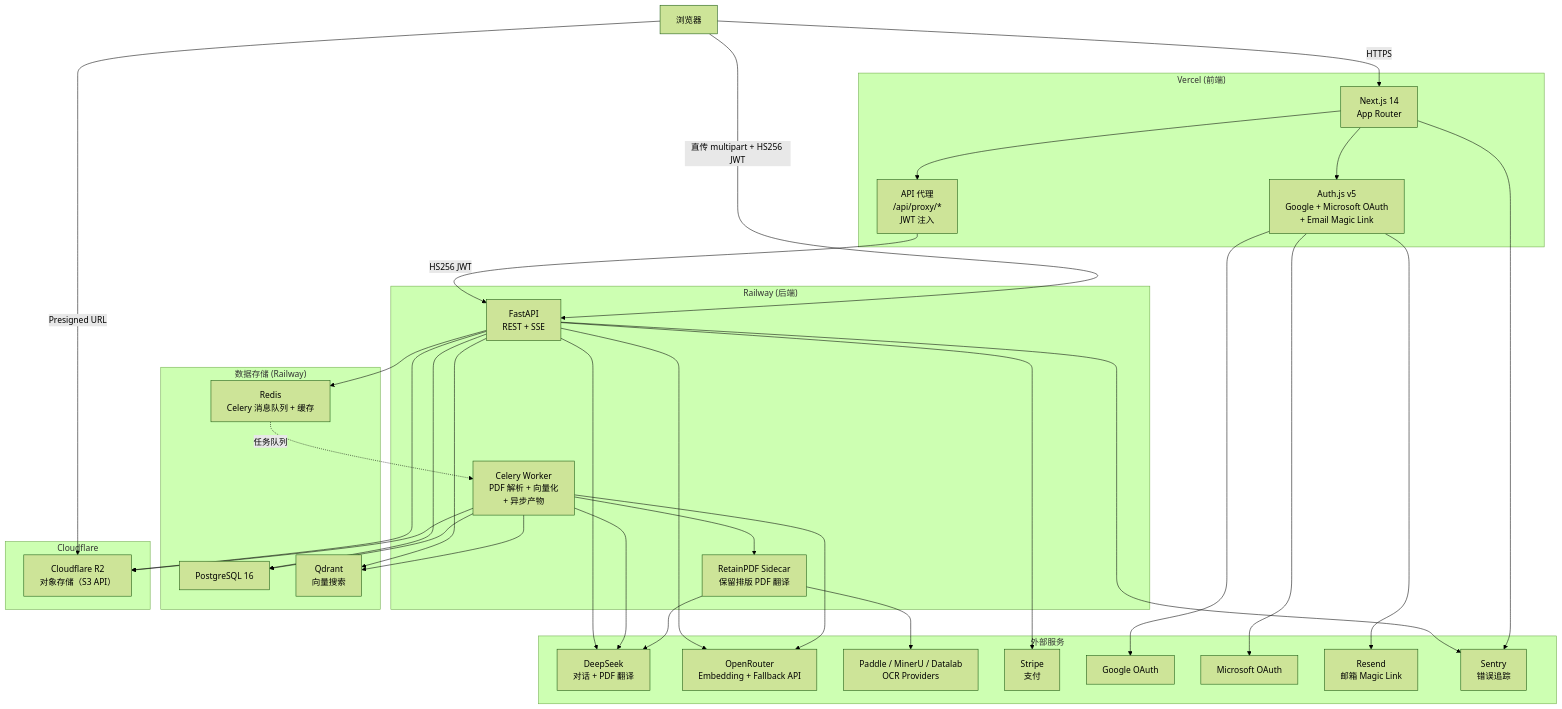
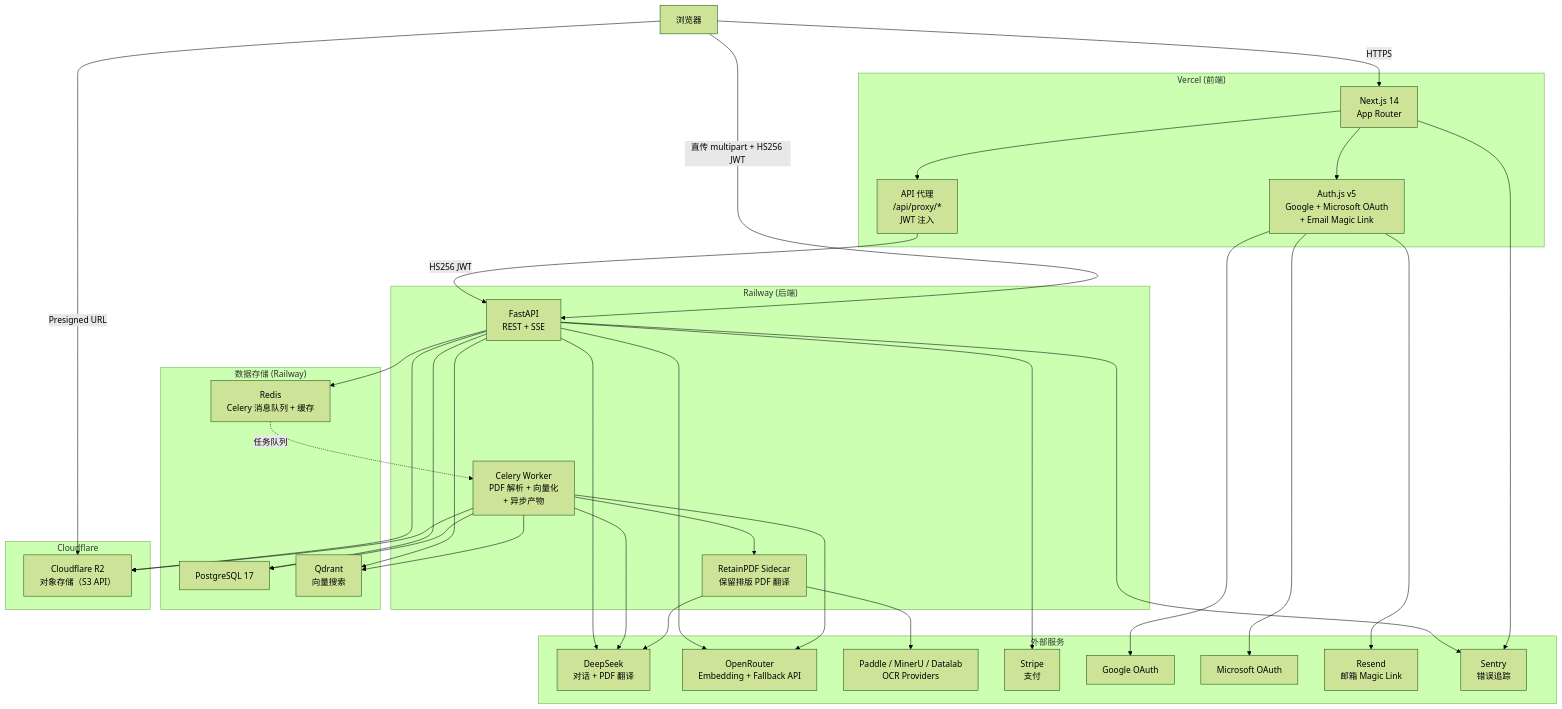
One commit to Rswcf/DocTalk changed the first of 10 diagrams in docs/ARCHITECTURE.zh.md. Above: the diagram before and after it, drawn with Mermaid (forest theme). The commit also changed other lines of this file and 20 other files, not shown here.

````diff
--- a/docs/ARCHITECTURE.zh.md
+++ b/docs/ARCHITECTURE.zh.md
@@ -11,65 +11,65 @@
 ```mermaid
 graph TB
     Browser["浏览器"]
 
     subgraph Vercel["Vercel (前端)"]
         NextJS["Next.js 14<br/>App Router"]
         AuthJS["Auth.js v5<br/>Google + Microsoft OAuth<br/>+ Email Magic Link"]
         Proxy["API 代理<br/>/api/proxy/*<br/>JWT 注入"]
     end
 
     subgraph Railway["Railway (后端)"]
         FastAPI["FastAPI<br/>REST + SSE"]
         Celery["Celery Worker<br/>PDF 解析 + 向量化<br/>+ 异步产物"]
         RetainPDF["RetainPDF Sidecar<br/>保留排版 PDF 翻译"]
     end
 
     subgraph DataStores["数据存储 (Railway)"]
-        PG["PostgreSQL 16"]
+        PG["PostgreSQL 17"]
         Qdrant["Qdrant<br/>向量搜索"]
         Redis["Redis<br/>Celery 消息队列 + 缓存"]
     end
 
     subgraph Cloudflare["Cloudflare"]
         R2["Cloudflare R2<br/>对象存储（S3 API）"]
     end
 
     subgraph External["外部服务"]
         DeepSeek["DeepSeek<br/>对话 + PDF 翻译"]
         OpenRouter["OpenRouter<br/>Embedding + Fallback API"]
         OCRProviders["Paddle / MinerU / Datalab<br/>OCR Providers"]
         Stripe["Stripe<br/>支付"]
         Google["Google OAuth"]
         Microsoft["Microsoft OAuth"]
         Resend["Resend<br/>邮箱 Magic Link"]
         Sentry["Sentry<br/>错误追踪"]
     end
 
     Browser -->|HTTPS| NextJS
     NextJS --> AuthJS
     NextJS --> Proxy
     Proxy -->|HS256 JWT| FastAPI
     Browser -->|直传 multipart + HS256 JWT| FastAPI
     FastAPI --> PG
     FastAPI --> Qdrant
     FastAPI --> Redis
     FastAPI --> R2
     FastAPI --> DeepSeek
     FastAPI --> OpenRouter
     FastAPI --> Stripe
     Celery --> PG
     Celery --> Qdrant
     Celery --> R2
     Celery --> RetainPDF
     Celery --> DeepSeek
     Celery --> OpenRouter
     RetainPDF --> OCRProviders
     RetainPDF --> DeepSeek
     Redis -.->|任务队列| Celery
     AuthJS --> Google
     AuthJS --> Microsoft
     AuthJS --> Resend
     FastAPI --> Sentry
     NextJS --> Sentry
     Browser -->|Presigned URL| R2
 ```
````
